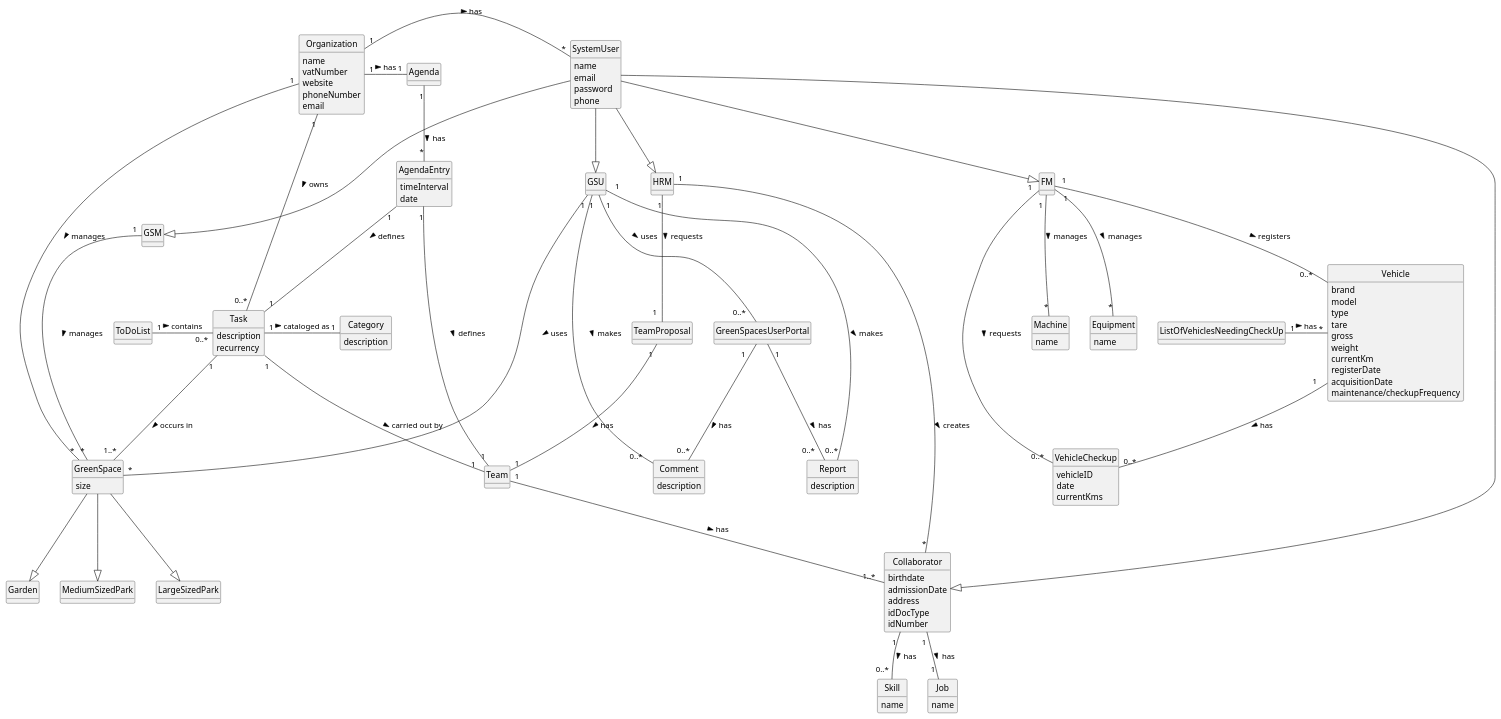
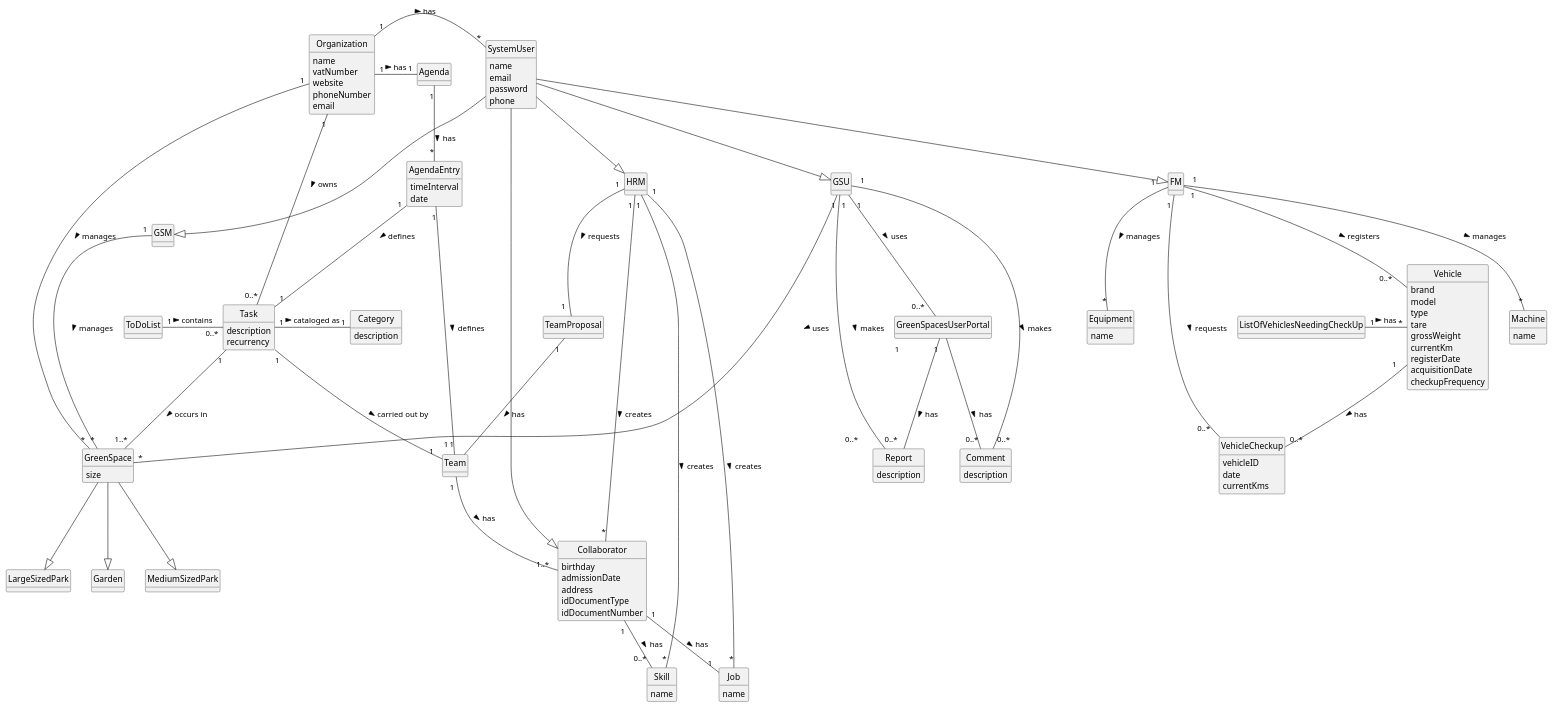
One commit to Departamento-de-Engenharia-Informatica/lei-24-s2-1do-g164 changed the diagram in docs/sprintA/global-artifacts/02.analysis/puml/project-domain-model.puml. Above: the diagram before and after it, drawn with PlantUML. The commit also changed 2 other files, not shown here.

Commit message:
Small changes in the global domain model

```diff
--- a/docs/sprintA/global-artifacts/02.analysis/puml/project-domain-model.puml
+++ b/docs/sprintA/global-artifacts/02.analysis/puml/project-domain-model.puml
@@ -1,177 +1,178 @@
 @startuml
 skinparam monochrome true
 skinparam packageStyle rectangle
 skinparam shadowing false
 'skinparam linetype ortho
 'left to right direction
 skinparam classAttributeIconSize 0
 hide circle
 hide methods
 
 'title Domain Model
 
 'class Platform {
 '  -description
 '}
 
 class Organization {
     name
     vatNumber
     website
     phoneNumber
     email
 
 }
 
 class GreenSpace {
     size
 }
 
 class Garden
 class MediumSizedPark
 class LargeSizedPark
 
 class SystemUser {
     name
     email
     password
     phone
 
 }
 class HRM {
 }
 class FM {
 }
 class Collaborator {
-               birthdate
-               admissionDate
-               address
-               idDocType
-               idNumber
+    birthday
+    admissionDate
+    address
+    idDocumentType
+    idDocumentNumber
 }
 class GSM {
 }
 class GSU {
 }
 
 class TeamProposal {
 }
 
 class Team {
 }
 
 class Skill {
     name
 }
 
 class Job {
     name
 }
 
 class Task {
     description
     recurrency
 }
 
 class VehicleCheckup {
-        vehicleID
-        date
-        currentKms
+    vehicleID
+    date
+    currentKms
 }
 
 class Vehicle {
-            brand
-           model
-           type
-           tare
-           gross
-           weight
-           currentKm
-           registerDate
-           acquisitionDate
-           maintenance/checkupFrequency
+   brand
+   model
+   type
+   tare
+   grossWeight
+   currentKm
+   registerDate
+   acquisitionDate
+   checkupFrequency
 }
 
 class Machine {
     name
 }
 
 class Equipment {
     name
 }
 
 class Agenda {
 }
 
 class AgendaEntry {
     timeInterval
     date
 }
 
 class GreenSpacesUserPortal{
 }
 
 class Comment{
     description
 }
 class Report{
     description
 }
 
 class Category {
     description
 }
 
 class ToDoList{
 
 }
 
 class ListOfVehiclesNeedingCheckUp {
 }
 
 
 SystemUser --|> HRM
 SystemUser --|> FM
 SystemUser --|> Collaborator
 SystemUser --|> GSM
 SystemUser --|> GSU
 
 GreenSpace --|> Garden
 GreenSpace --|> MediumSizedPark
 GreenSpace --|> LargeSizedPark
 
 Task "1" -- "1..*" GreenSpace : occurs in >
 
 Agenda "1" -- "*" AgendaEntry : has >
 AgendaEntry "1" -- "1" Task : defines >
 AgendaEntry "1" -- "1" Team : defines >
 
 FM " 1" -- "0..*     " Vehicle : registers >
 FM "  1 " -- "*" Machine : manages >
 FM "  1    " -- "*" Equipment : manages >
 Vehicle "1   " -- "0..* " VehicleCheckup : has >
 FM "1 " -- "0..*  " VehicleCheckup : requests >
 GSU"  1  " -- "0..*          " Report: makes >
 GSU"  1  " -- "0..*   " Comment: makes >
 GSU"  1  " -- "0..*   " GreenSpacesUserPortal:  uses >
 GreenSpacesUserPortal "1                 " -- "0..*   " Report : has >
 GreenSpacesUserPortal "1    " -- "0..*" Comment : has >
 
 Organization "1" - "*" SystemUser : has >
 Organization "1" - "0..*" Task: owns >
 Task "1" - "1" Category: cataloged as >
 Task "1" - "1  " Team:   carried out by   >
 ToDoList "1" - "0..*" Task: contains >
 
 HRM "1 " -- "*" Collaborator : creates >
+HRM "1 " -- "*" Job : creates >
+HRM "1 " -- "*" Skill : creates >
 HRM "1" -- "1  " TeamProposal : requests >
 TeamProposal "1 " --"1        " Team: has >
 Team "1 " -- "1..*  " Collaborator: has >
 Collaborator "1 " -- "0..* " Skill : has >
 Collaborator "1 " -- "1 " Job : has >
 Organization "1" - "1" Agenda : has >
 Organization "1" - "*" GreenSpace: manages >
 GSU"1" - "*" GreenSpace: uses >
 GSM "1" - "*" GreenSpace: manages >
 ListOfVehiclesNeedingCheckUp "1" - "*" Vehicle : has >
 @enduml
```
